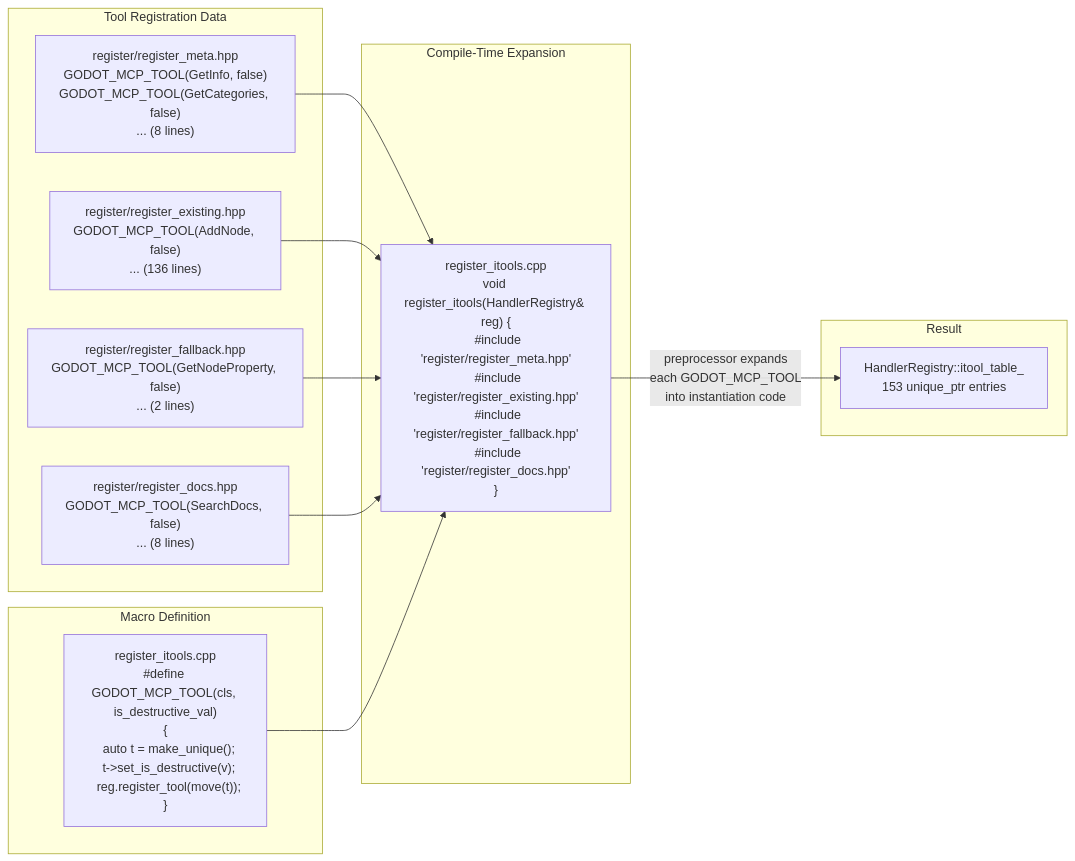
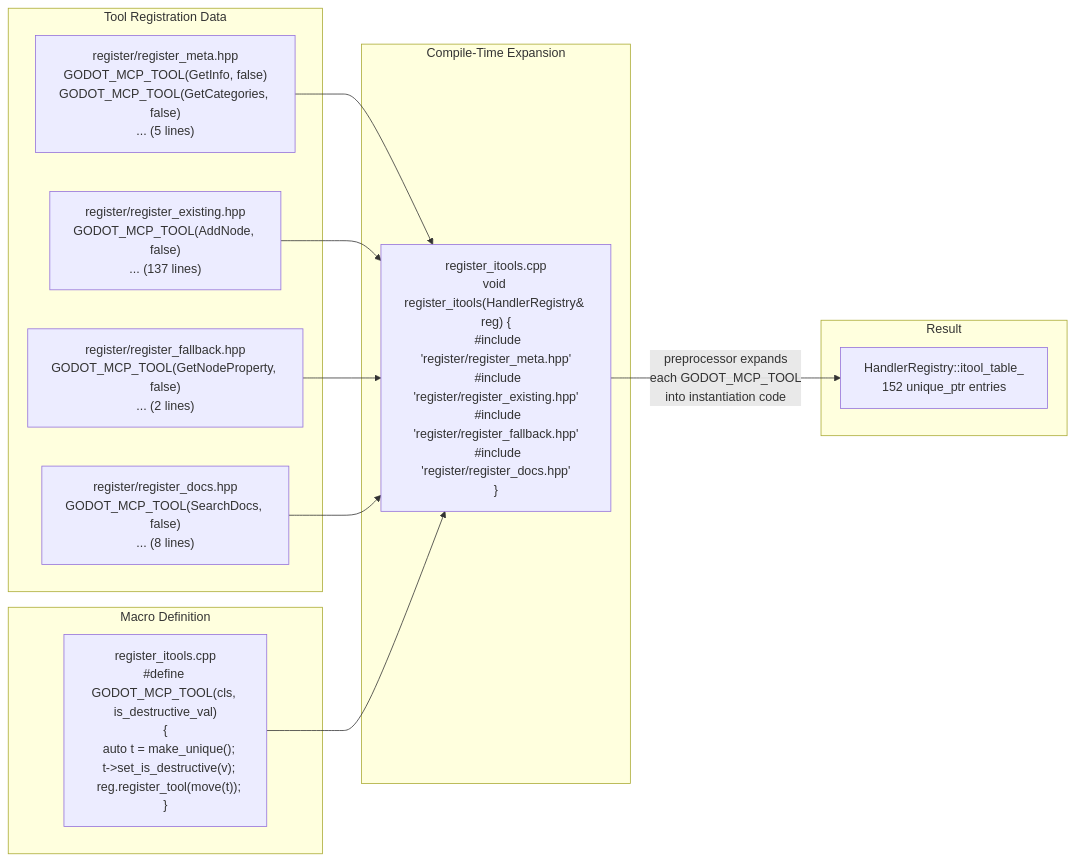
Before and after one commit to jesspig/GodotMCP-GDExtension: the third of 5 diagrams in .repo_wiki/concepts/tool-system-architecture.md, drawn with Mermaid. The commit also changed other lines of this file and 41 other files, not shown here.

````diff
--- a/.repo_wiki/concepts/tool-system-architecture.md
+++ b/.repo_wiki/concepts/tool-system-architecture.md
@@ -191,28 +186,28 @@
 ```mermaid
 flowchart LR
     subgraph Data["Tool Registration Data"]
-        META["register/register_meta.hpp<br/>GODOT_MCP_TOOL(GetInfo, false)<br/>GODOT_MCP_TOOL(GetCategories, false)<br/>... (8 lines)"]
-        EXIST["register/register_existing.hpp<br/>GODOT_MCP_TOOL(AddNode, false)<br/>... (136 lines)"]
+        META["register/register_meta.hpp<br/>GODOT_MCP_TOOL(GetInfo, false)<br/>GODOT_MCP_TOOL(GetCategories, false)<br/>... (5 lines)"]
+        EXIST["register/register_existing.hpp<br/>GODOT_MCP_TOOL(AddNode, false)<br/>... (137 lines)"]
         FALL["register/register_fallback.hpp<br/>GODOT_MCP_TOOL(GetNodeProperty, false)<br/>... (2 lines)"]
         DOCS["register/register_docs.hpp<br/>GODOT_MCP_TOOL(SearchDocs, false)<br/>... (8 lines)"]
     end
 
     subgraph Macro["Macro Definition"]
         DEF["register_itools.cpp<br/>#define GODOT_MCP_TOOL(cls, is_destructive_val)<br/>{<br/>  auto t = make_unique<cls>();<br/>  t->set_is_destructive(v);<br/>  reg.register_tool(move(t));<br/>}"]
     end
 
     subgraph Expansion["Compile-Time Expansion"]
         CPP["register_itools.cpp<br/>void register_itools(HandlerRegistry& reg) {<br/>  #include 'register/register_meta.hpp'<br/>  #include 'register/register_existing.hpp'<br/>  #include 'register/register_fallback.hpp'<br/>  #include 'register/register_docs.hpp'<br/>}"]
     end
 
     subgraph Result["Result"]
-        TABLE["HandlerRegistry::itool_table_<br/>153 unique_ptr<ITool> entries"]
+        TABLE["HandlerRegistry::itool_table_<br/>152 unique_ptr<ITool> entries"]
     end
 
     META --> CPP
     EXIST --> CPP
     FALL --> CPP
     DOCS --> CPP
     DEF --> CPP
     CPP -->|preprocessor expands<br/>each GODOT_MCP_TOOL<br/>into instantiation code| TABLE
 ```
````
